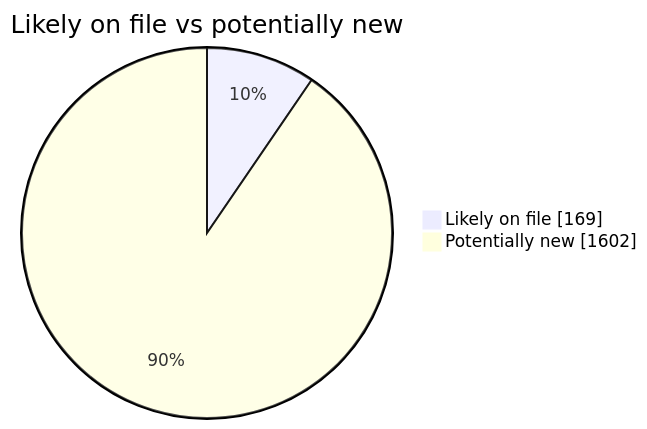
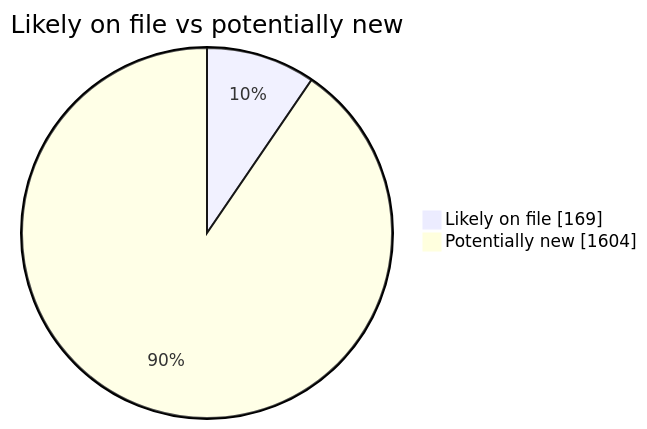
Before and after one commit to martinbalfanz/social-scanner-reports: the second of 4 diagrams in README.md, drawn with Mermaid. The commit also changed other lines of this file and 6 other files, not shown here.

````diff
--- a/README.md
+++ b/README.md
@@ -40,5 +40,5 @@
 ```mermaid
 pie showData title Likely on file vs potentially new
     "Likely on file" : 169
-    "Potentially new" : 1602
+    "Potentially new" : 1604
 ```
````
